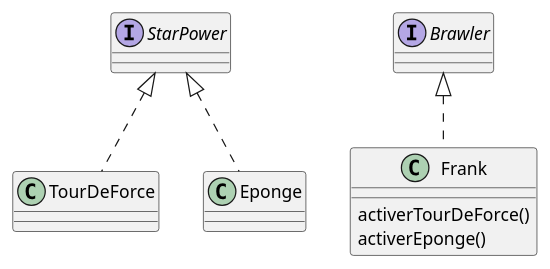
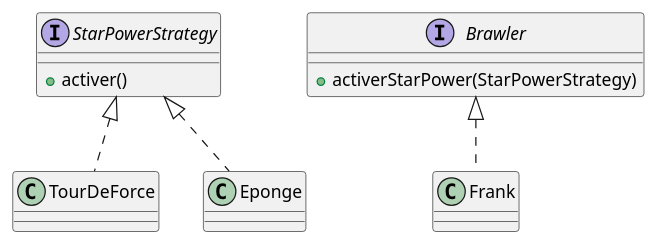
One commit to jandry/design-pattern changed the diagram in src/uml/strategy.puml. Above: the diagram before and after it, drawn with PlantUML. The commit also changed 6 other files, not shown here.

```diff
--- a/src/uml/strategy.puml
+++ b/src/uml/strategy.puml
@@ -1,17 +1,19 @@
 @startuml Strategy
 
 class Frank {
-    activerTourDeForce()
-    activerEponge()
 }
 
-interface Brawler
+interface Brawler {
+    + activerStarPower(StarPowerStrategy)
+}
 
-interface StarPower
+interface StarPowerStrategy {
+    + activer()
+}
 
 Frank .up.|> Brawler
 
-TourDeForce .up.|> StarPower
-Eponge .up.|> StarPower
+TourDeForce .up.|> StarPowerStrategy
+Eponge .up.|> StarPowerStrategy
 
 @enduml
```
